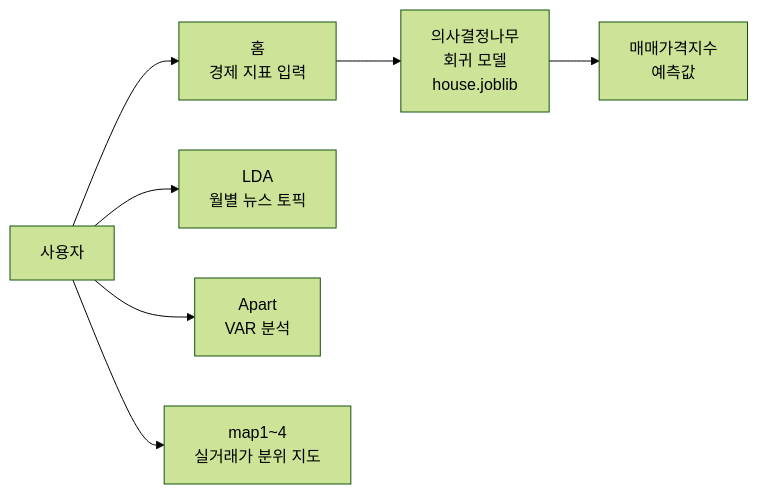
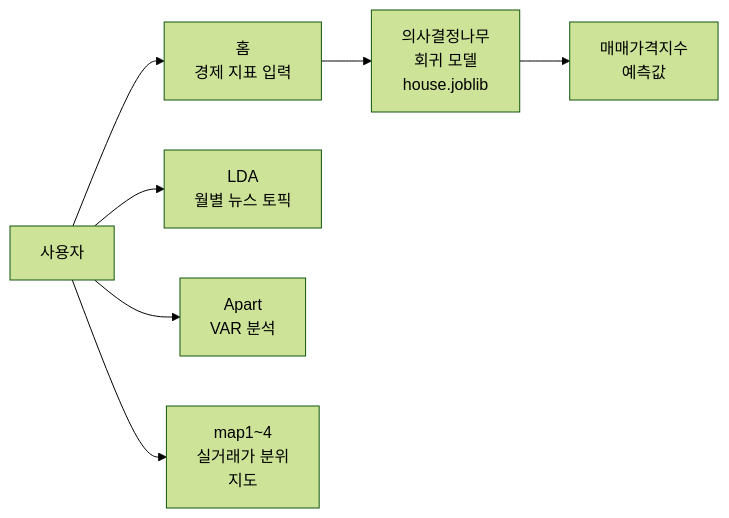
One commit to mjk022/portfolio changed the second of 2 diagrams in 아파트매매가격예측/README.md. Above: the diagram before and after it, drawn with Mermaid (forest theme). The commit also changed other lines of this file and 5 other files, not shown here.

Commit message:
README 다이어그램 라벨을 8자 이내 줄로 나눠 글자 단위 줄바꿈 방지

````diff
--- a/아파트매매가격예측/README.md
+++ b/아파트매매가격예측/README.md
@@ -141,9 +141,9 @@
 ```mermaid
 flowchart LR
     U[사용자] --> H[홈<br/>경제 지표 입력]
     H --> M[의사결정나무<br/>회귀 모델<br/>house.joblib]
     M --> R[매매가격지수<br/>예측값]
     U --> L[LDA<br/>월별 뉴스 토픽]
     U --> A[Apart<br/>VAR 분석]
-    U --> P[map1~4<br/>실거래가 분위 지도]
+    U --> P[map1~4<br/>실거래가 분위<br/>지도]
 ```
````
